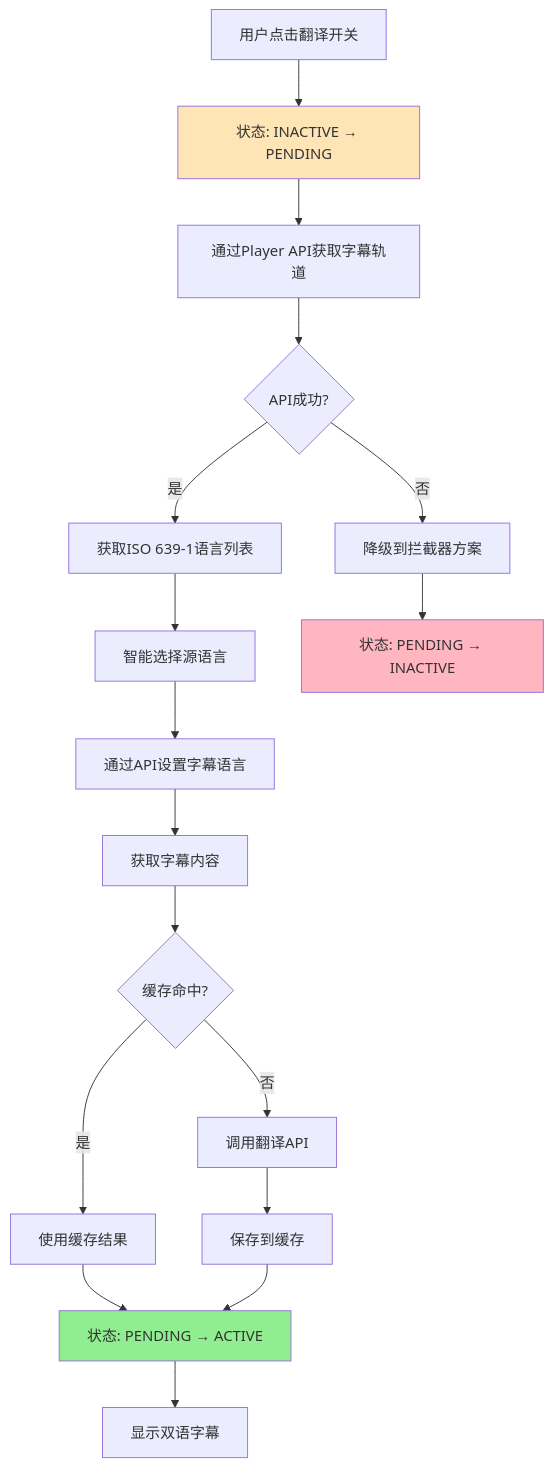
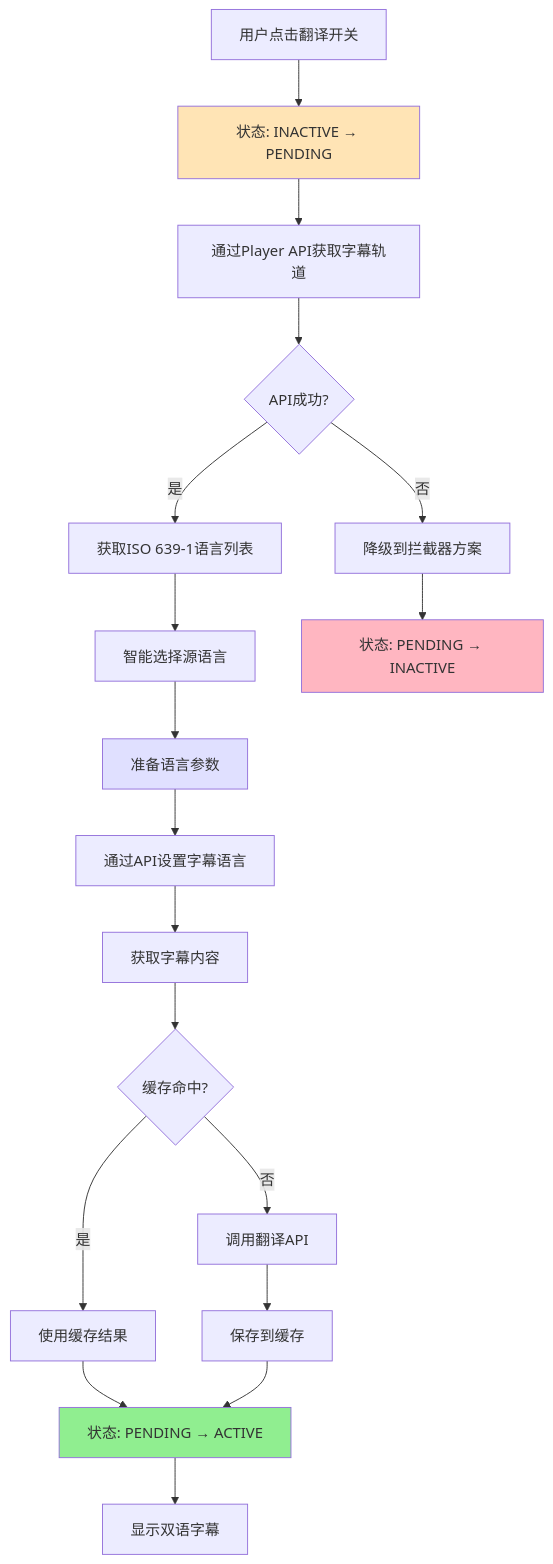
The first of 2 diagrams in docs/guides/translation-flow.md (igetang/youtube-subtitle-translator), drawn with Mermaid before and after one commit. The commit also changed other lines of this file and 10 other files, not shown here.

````diff
--- a/docs/guides/translation-flow.md
+++ b/docs/guides/translation-flow.md
@@ -15,23 +15,25 @@
 ```mermaid
 flowchart TD
     A[用户点击翻译开关] --> B[状态: INACTIVE → PENDING]
     B --> C[通过Player API获取字幕轨道]
     C --> D{API成功?}
     D -- 否 --> E[降级到拦截器方案]
     D -- 是 --> F[获取ISO 639-1语言列表]
     F --> G[智能选择源语言]
-    G --> H[通过API设置字幕语言]
+    G --> G1[准备语言参数]
+    G1 --> H[通过API设置字幕语言]
     H --> I[获取字幕内容]
     I --> J{缓存命中?}
     J -- 是 --> K[使用缓存结果]
     J -- 否 --> L[调用翻译API]
     L --> M[保存到缓存]
     K --> N[状态: PENDING → ACTIVE]
     M --> N
     N --> O[显示双语字幕]
     E --> P[状态: PENDING → INACTIVE]
-    
+
     style B fill:#FFE4B5
+    style G1 fill:#E0E0FF
     style N fill:#90EE90
     style P fill:#FFB6C1
 ```
````
